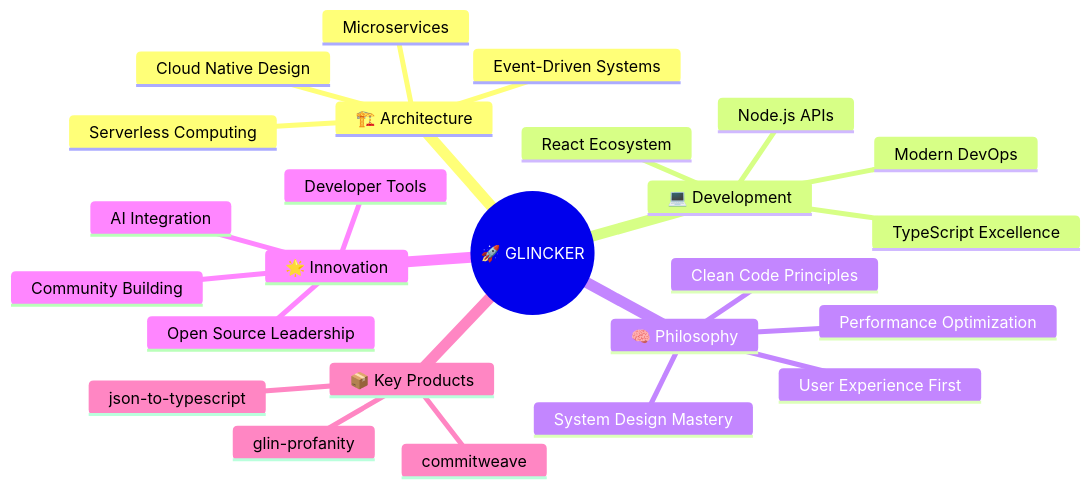
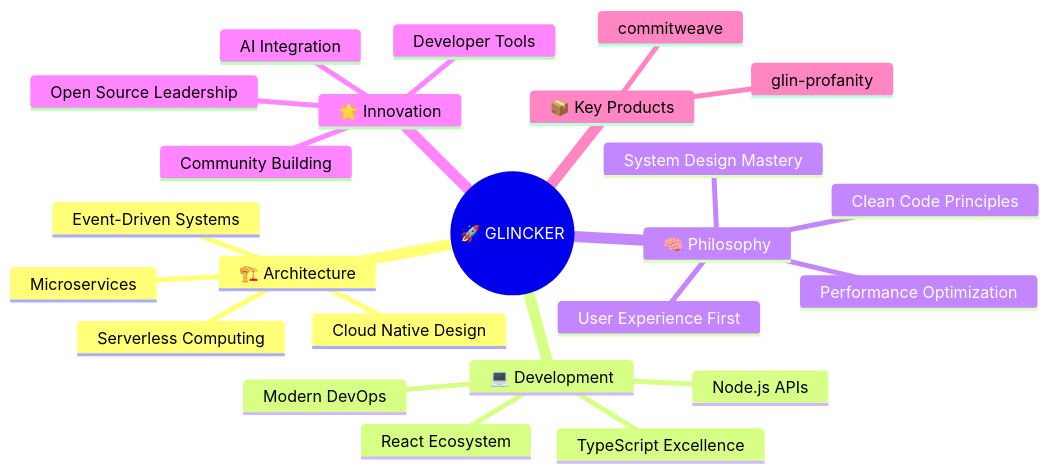
One commit to thegdsks/thegdsks changed the diagram in README.md. Above: the diagram before and after it, drawn with Mermaid. The commit also changed other lines of this file, not shown here.

First line of the commit message:
Remove json-to-typescript from featured projects

````diff
--- a/README.md
+++ b/README.md
@@ -23,28 +23,27 @@
 ```mermaid
 mindmap
   root((🚀 GLINCKER))
     🏗️ Architecture
       Microservices
       Serverless Computing
       Cloud Native Design
       Event-Driven Systems
     💻 Development
       TypeScript Excellence
       React Ecosystem
       Node.js APIs
       Modern DevOps
     🧠 Philosophy
       Clean Code Principles
       System Design Mastery
       User Experience First
       Performance Optimization
     🌟 Innovation
       Developer Tools
       Open Source Leadership
       Community Building
       AI Integration
     📦 Key Products
       glin-profanity
       commitweave
-      json-to-typescript
 ```
````
